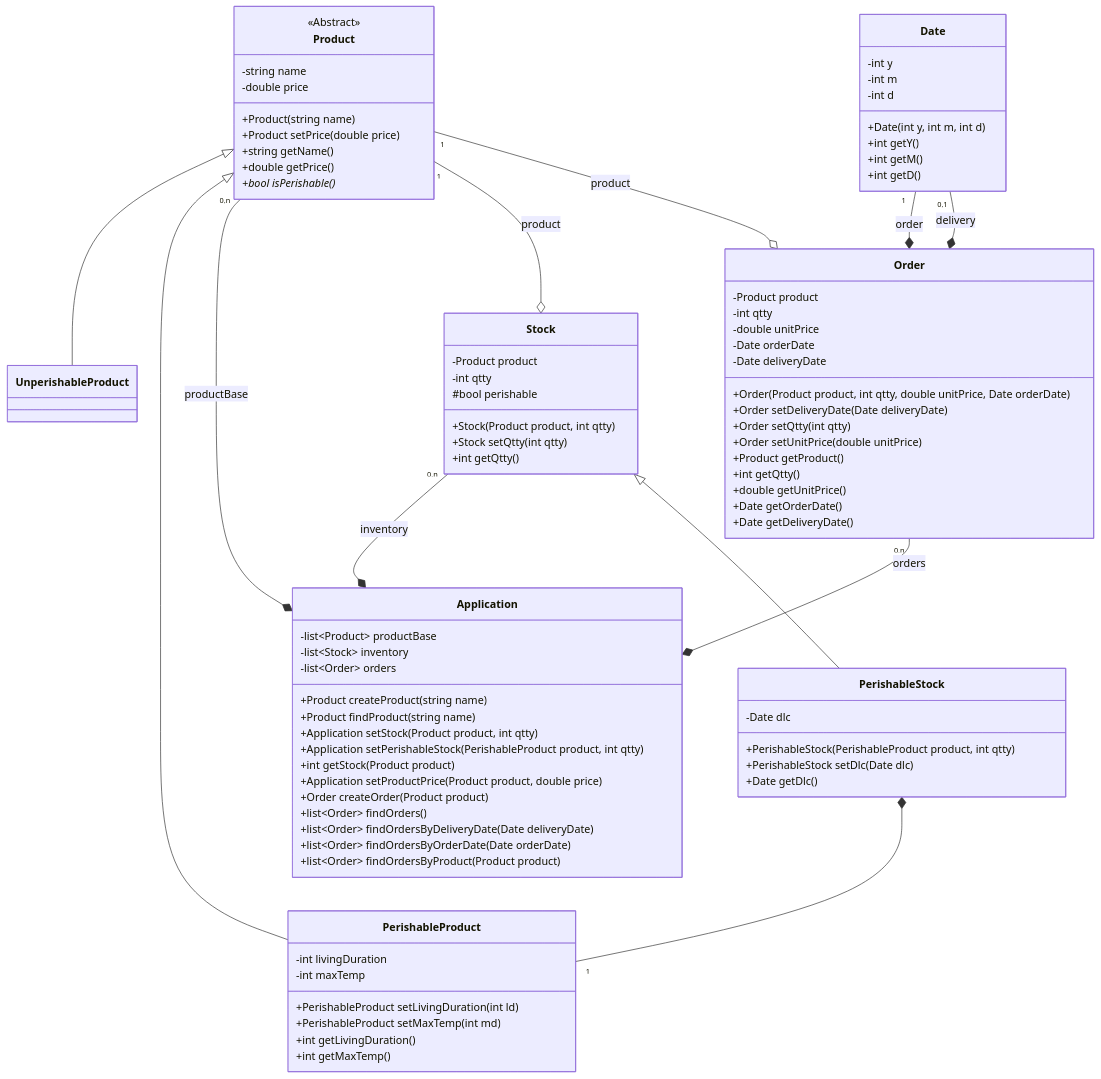
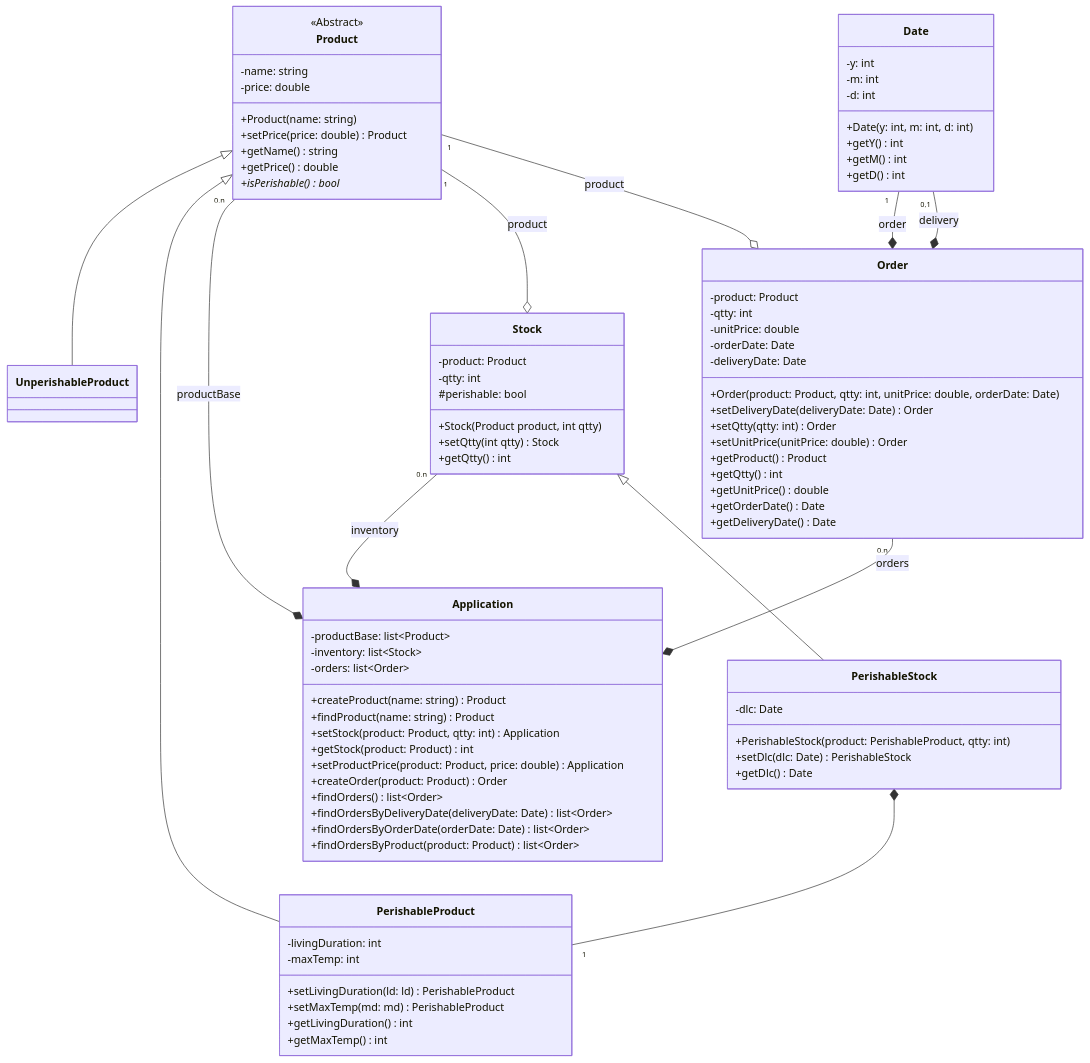
One commit to esirem-chassel/3aa-progadv changed the fifth of 9 diagrams in Activités/act2-uml-basics.md. Above: the diagram before and after it, drawn with Mermaid. The commit also changed other lines of this file, not shown here.

````diff
--- a/Activités/act2-uml-basics.md
+++ b/Activités/act2-uml-basics.md
@@ -246,84 +246,83 @@
 ```mermaid
 classDiagram
   class Product <<Abstract>> {
-    -string name
-    -double price
-    +Product(string name)
-    +Product setPrice(double price)
-    +string getName()
-    +double getPrice()
-    +bool isPerishable()*
+    -name: string
+    -price: double
+    +Product(name: string)
+    +setPrice(price: double) Product
+    +getName() string
+    +getPrice() double
+    +isPerishable()* bool
   }
 
   class UnperishableProduct { }
 
   class PerishableProduct {
-    -int livingDuration
-    -int maxTemp
-    +PerishableProduct setLivingDuration(int ld)
-    +PerishableProduct setMaxTemp(int md)
-    +int getLivingDuration()
-    +int getMaxTemp()
+    -livingDuration: int
+    -maxTemp: int
+    +setLivingDuration(ld: ld) PerishableProduct
+    +setMaxTemp(md: md) PerishableProduct
+    +getLivingDuration() int
+    +getMaxTemp() int
   }
 
   class Date {
-    -int y
-    -int m
-    -int d
-    +Date(int y, int m, int d)
-    +int getY()
-    +int getM()
-    +int getD()
+    -y: int
+    -m: int
+    -d: int
+    +Date(y: int, m: int, d: int)
+    +getY() int
+    +getM() int
+    +getD() int
   }
 
   class Order {
-    -Product product
-    -int qtty
-    -double unitPrice
-    -Date orderDate
-    -Date deliveryDate
-    +Order(Product product, int qtty, double unitPrice, Date orderDate)
-    +Order setDeliveryDate(Date deliveryDate)
-    +Order setQtty(int qtty)
-    +Order setUnitPrice(double unitPrice)
-    +Product getProduct()
-    +int getQtty()
-    +double getUnitPrice()
-    +Date getOrderDate()
-    +Date getDeliveryDate()
+    -product: Product
+    -qtty: int
+    -unitPrice: double
+    -orderDate: Date
+    -deliveryDate: Date
+    +Order(product: Product, qtty: int, unitPrice: double, orderDate: Date)
+    +setDeliveryDate(deliveryDate: Date) Order
+    +setQtty(qtty: int) Order
+    +setUnitPrice(unitPrice: double) Order
+    +getProduct() Product
+    +getQtty() int
+    +getUnitPrice() double
+    +getOrderDate() Date
+    +getDeliveryDate() Date
   }
 
   class Stock {
-    -Product product
-    -int qtty
-    #bool perishable
+    -product: Product
+    -qtty: int
+    #perishable: bool
     +Stock(Product product, int qtty)
-    +Stock setQtty(int qtty)
-    +int getQtty()
+    +setQtty(int qtty) Stock
+    +getQtty() int
   }
 
   class PerishableStock {
-    -Date dlc
-    +PerishableStock(PerishableProduct product, int qtty)
-    +PerishableStock setDlc(Date dlc)
-    +Date getDlc()
+    -dlc: Date
+    +PerishableStock(product: PerishableProduct, qtty: int)
+    +setDlc(dlc: Date) PerishableStock
+    +getDlc() Date
   }
 
   class Application {
-    -list~Product~ productBase
-    -list~Stock~ inventory
-    -list~Order~ orders
-    +Product createProduct(string name)
-    +Product findProduct(string name)
-    +Application setStock(Product product, int qtty)
-    +Application setPerishableStock(PerishableProduct product, int qtty)
-    +int getStock(Product product)
-    +Application setProductPrice(Product product, double price)
-    +Order createOrder(Product product)
-    +list~Order~ findOrders()
-    +list~Order~ findOrdersByDeliveryDate(Date deliveryDate)
-    +list~Order~ findOrdersByOrderDate(Date orderDate)
-    +list~Order~ findOrdersByProduct(Product product)
+    -productBase: list~Product~ 
+    -inventory: list~Stock~ 
+    -orders: list~Order~
+    +createProduct(name: string) Product
+    +findProduct(name: string) Product
+    +setStock(product: Product, qtty: int) Application
+    +getStock(product: Product) int
+    +setProductPrice(product: Product, price: double) Application
+    +createOrder(product: Product) Order
+    +findOrders() list~Order~
+    +findOrdersByDeliveryDate(deliveryDate: Date) list~Order~
+    +findOrdersByOrderDate(orderDate: Date) list~Order~
+    +findOrdersByProduct(product: Product) list~Order~
   }
 
   Product <|-- UnperishableProduct
````
